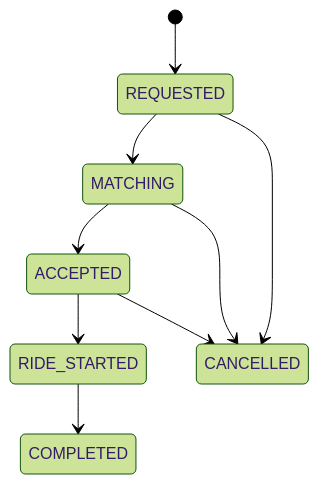
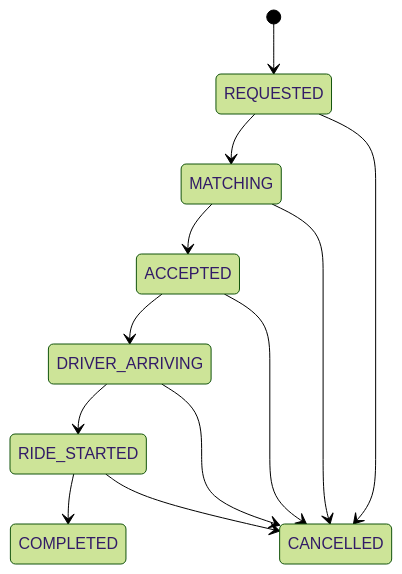
One commit to hollow-2414/cab-driving-microservices changed the second of 3 diagrams in ARCHITECTURE.md. Above: the diagram before and after it, drawn with Mermaid (forest theme). The commit also changed other lines of this file and 7 other files, not shown here.

Commit message:
feat: complete V06 driver claim concurrency flow

````diff
--- a/ARCHITECTURE.md
+++ b/ARCHITECTURE.md
@@ -594,15 +594,17 @@
 ``` mermaid
 stateDiagram-v2
 
     [*] --> REQUESTED
 
     REQUESTED --> MATCHING
     MATCHING --> ACCEPTED
-
-    ACCEPTED --> RIDE_STARTED
+    ACCEPTED --> DRIVER_ARRIVING
+    DRIVER_ARRIVING --> RIDE_STARTED
     RIDE_STARTED --> COMPLETED
 
     REQUESTED --> CANCELLED
     MATCHING --> CANCELLED
     ACCEPTED --> CANCELLED
+    DRIVER_ARRIVING --> CANCELLED
+    RIDE_STARTED --> CANCELLED
 ```
````
